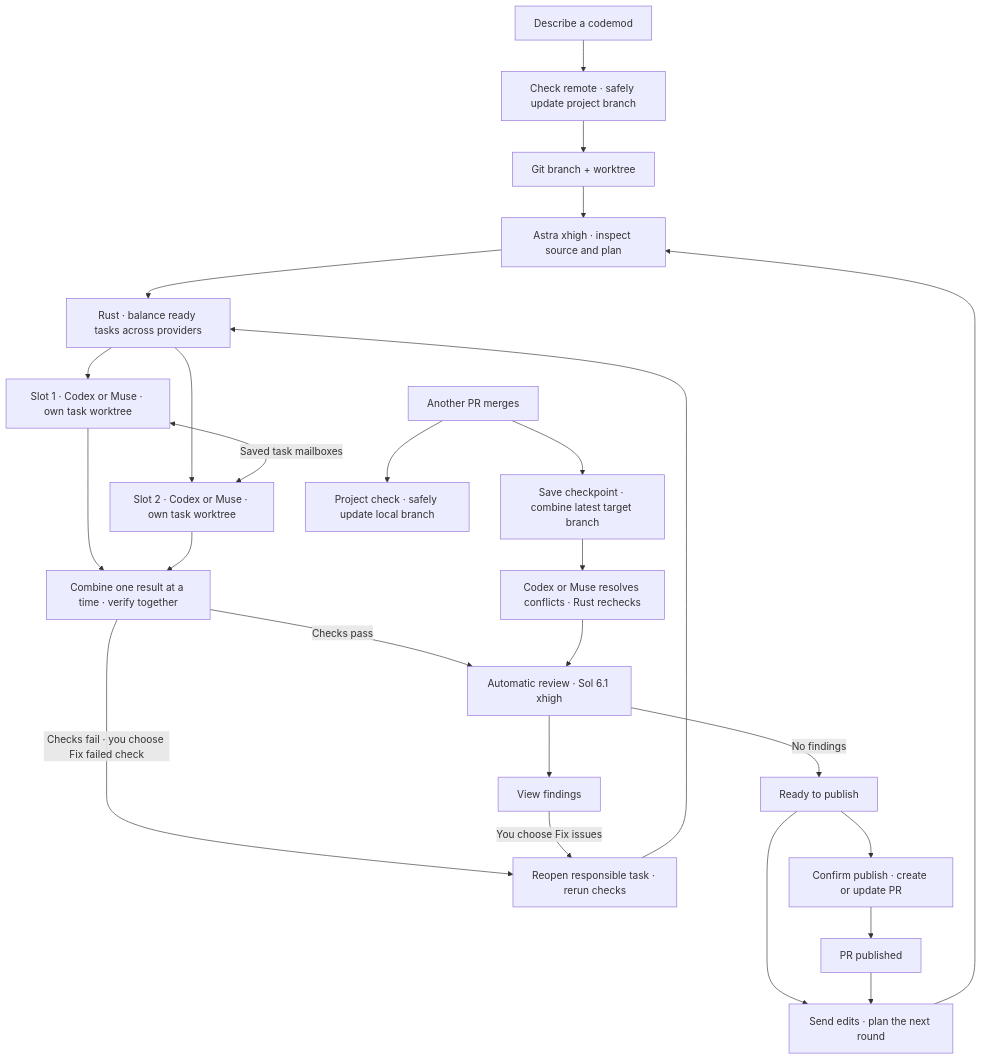
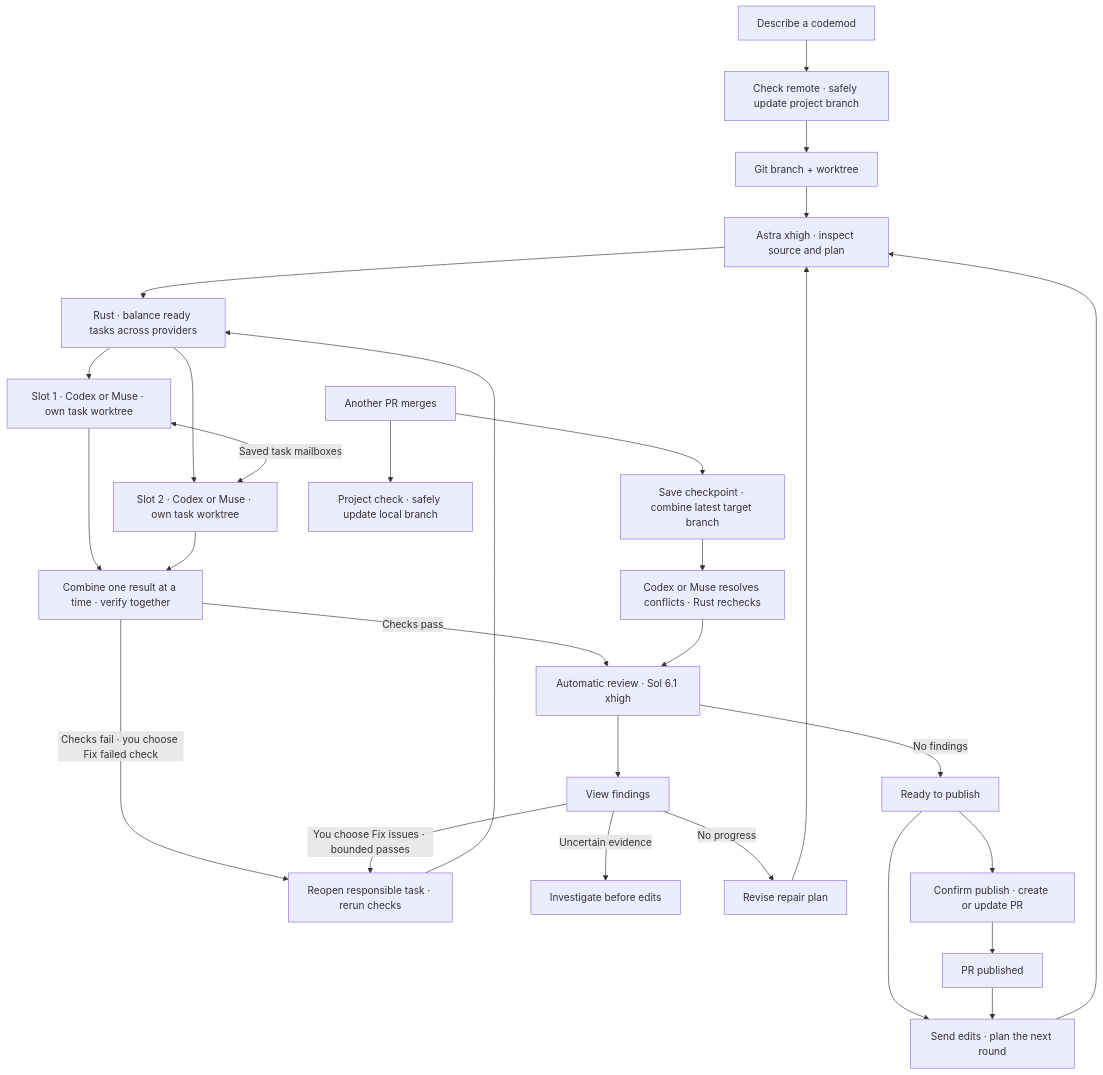
The diagram in README.md (minimumeffort-dev/sprowt.harness), drawn with Mermaid before and after one commit. The commit also changed other lines of this file and 18 other files, not shown here.

Commit message:
Bound review repairs with persistent findings and evidence

````diff
--- a/README.md
+++ b/README.md
@@ -37,27 +37,30 @@
 ```mermaid
 flowchart TB
     goal["Describe a codemod"] --> sync["Check remote · safely update project branch"]
     sync --> setup["Git branch + worktree"]
     setup --> planner["Astra xhigh · inspect source and plan"]
     planner --> schedule["Rust · balance ready tasks across providers"]
     schedule --> first["Slot 1 · Codex or Muse · own task worktree"]
     schedule --> second["Slot 2 · Codex or Muse · own task worktree"]
     first <-->|"Saved task mailboxes"| second
     first --> combine["Combine one result at a time · verify together"]
     second --> combine
     combine -->|"Checks pass"| reviewer["Automatic review · Sol 6.1 xhigh"]
     combine -->|"Checks fail · you choose Fix failed check"| repair["Reopen responsible task · rerun checks"]
     repair --> schedule
     ready --> edits["Send edits · plan the next round"]
     edits --> planner
     reviewer --> findings["View findings"]
-    findings -->|"You choose Fix issues"| repair
+    findings -->|"You choose Fix issues · bounded passes"| repair
+    findings -->|"Uncertain evidence"| investigate["Investigate before edits"]
+    findings -->|"No progress"| revised["Revise repair plan"]
+    revised --> planner
     reviewer -->|"No findings"| ready["Ready to publish"]
     ready --> publish["Confirm publish · create or update PR"]
     publish --> published["PR published"]
     published --> edits
     upstream["Another PR merges"] --> update["Save checkpoint · combine latest target branch"]
     upstream --> local["Project check · safely update local branch"]
     update --> verify["Codex or Muse resolves conflicts · Rust rechecks"]
     verify --> reviewer
 ```
````
